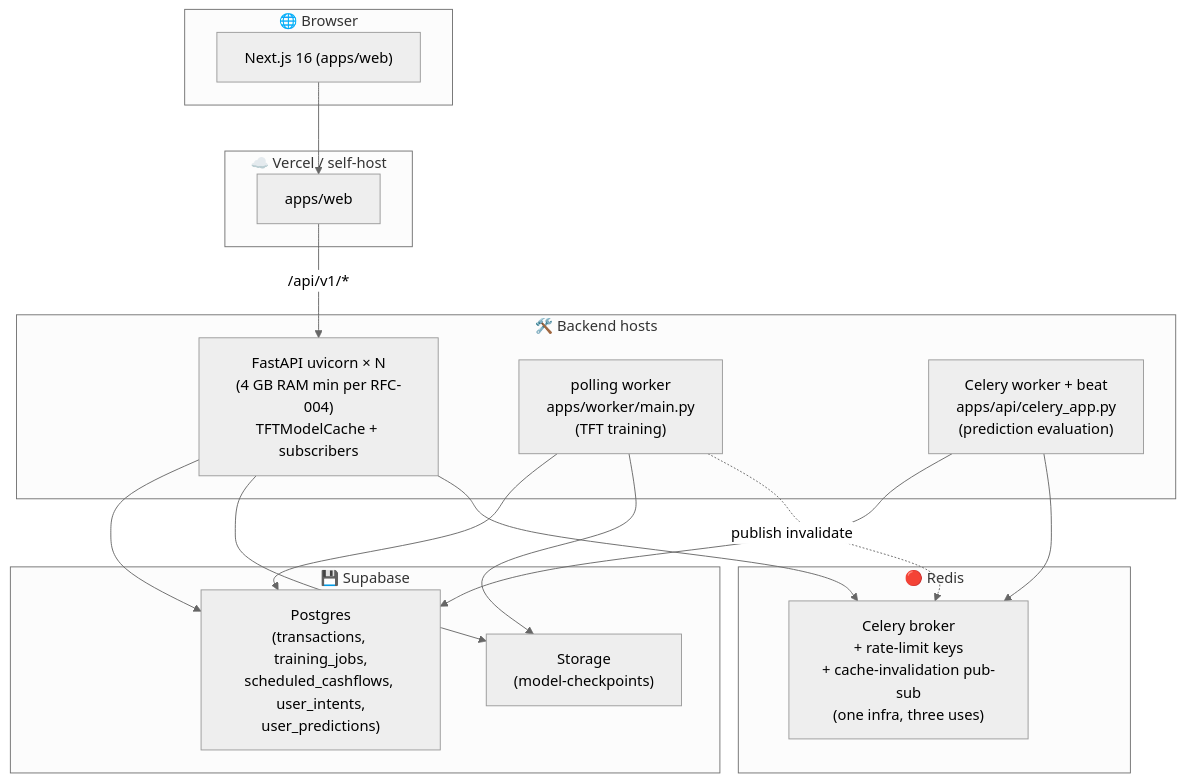
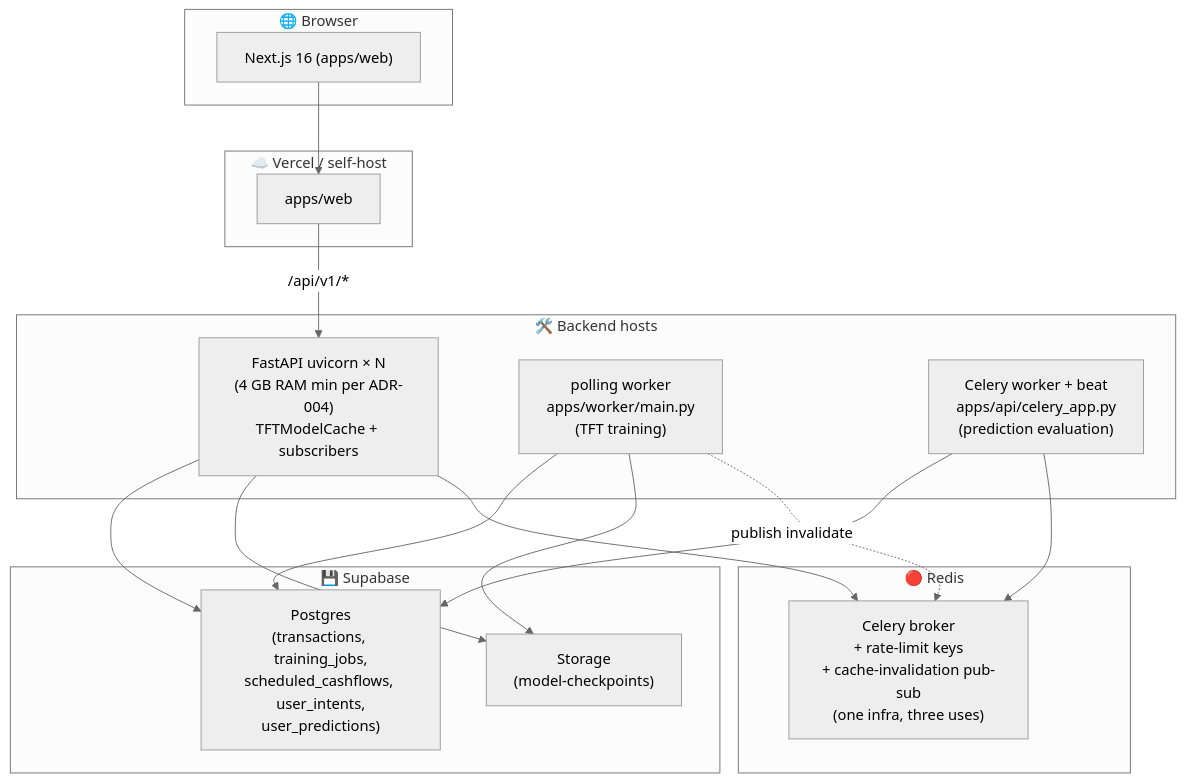
One commit to hassang371/spendsmart-dashboard changed the fifth of 5 diagrams in docs/design/prediction-engine-roadmap.md. Above: the diagram before and after it, drawn with Mermaid (neutral theme). The commit also changed other lines of this file and 13 other files, not shown here.

````diff
--- a/docs/design/prediction-engine-roadmap.md
+++ b/docs/design/prediction-engine-roadmap.md
@@ -331,36 +331,36 @@
 ```mermaid
 graph TB
     subgraph User["🌐 Browser"]
         NEXT["Next.js 16 (apps/web)"]
     end
 
     subgraph Edge["☁️ Vercel / self-host"]
         FE["apps/web"]
     end
 
     subgraph Backend["🛠️ Backend hosts"]
-        API["FastAPI uvicorn × N<br/>(4 GB RAM min per RFC-004)<br/>TFTModelCache + subscribers"]
+        API["FastAPI uvicorn × N<br/>(4 GB RAM min per ADR-004)<br/>TFTModelCache + subscribers"]
         WORKER["polling worker<br/>apps/worker/main.py<br/>(TFT training)"]
         BEAT["Celery worker + beat<br/>apps/api/celery_app.py<br/>(prediction evaluation)"]
     end
 
     subgraph Data["💾 Supabase"]
         PG["Postgres<br/>(transactions, training_jobs,<br/>scheduled_cashflows, user_intents,<br/>user_predictions)"]
         BUCKET["Storage<br/>(model-checkpoints)"]
     end
 
     subgraph Cache["🔴 Redis"]
         REDIS["Celery broker<br/>+ rate-limit keys<br/>+ cache-invalidation pub-sub<br/>(one infra, three uses)"]
     end
 
     NEXT --> FE
     FE -->|"/api/v1/*"| API
     API --> PG
     API --> BUCKET
     API --> REDIS
     WORKER --> PG
     WORKER --> BUCKET
     WORKER -.->|publish invalidate| REDIS
     BEAT --> PG
     BEAT --> REDIS
 ```
````
